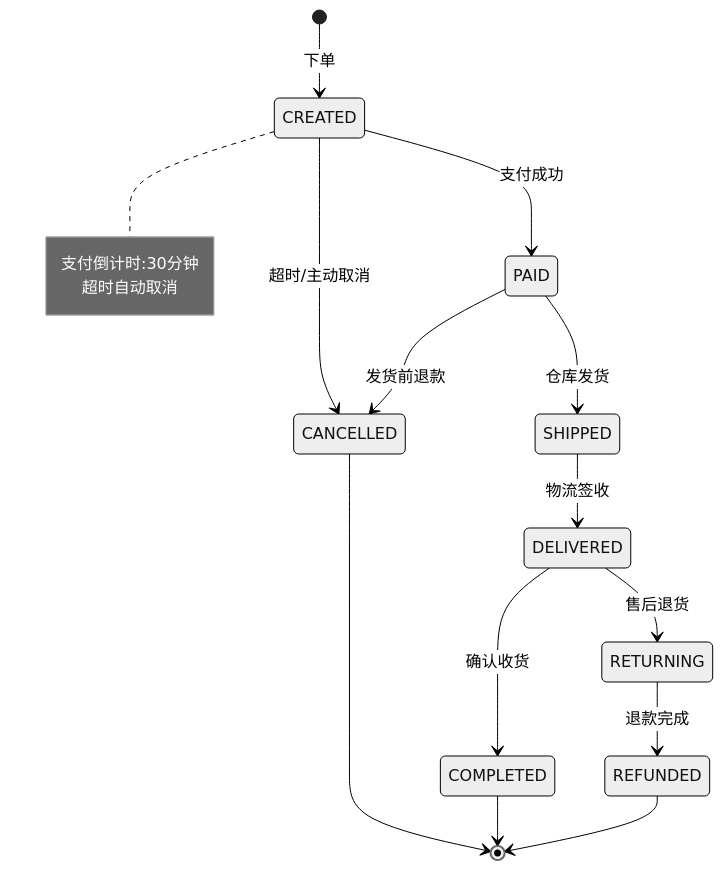
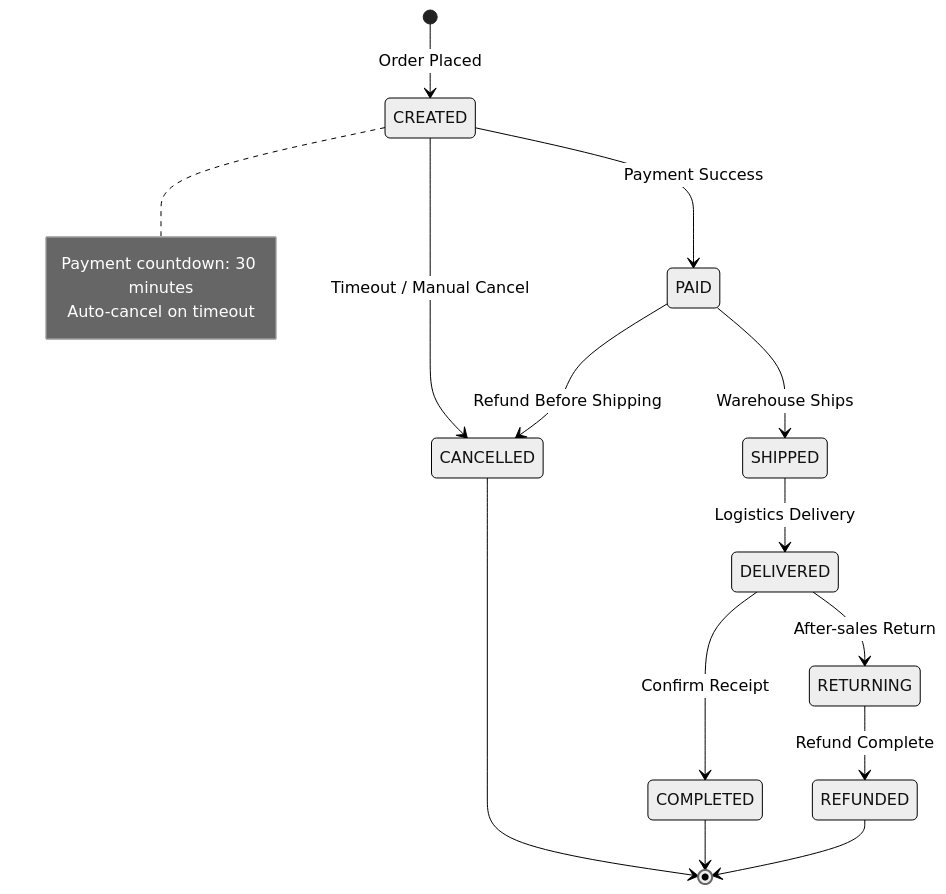
The seventh of 11 diagrams in templates/产品/技术层/【模板】数据库设计文档规范.md (Kirky-X/cangjie), drawn with Mermaid (neutral theme) before and after one commit. The commit also changed other lines of this file and 46 other files, not shown here.

````diff
--- a/templates/产品/技术层/【模板】数据库设计文档规范.md
+++ b/templates/产品/技术层/【模板】数据库设计文档规范.md
@@ -473,20 +473,20 @@
 ```mermaid
 stateDiagram-v2
-    [*] --> CREATED: 下单
-    CREATED --> PAID: 支付成功
-    CREATED --> CANCELLED: 超时/主动取消
-    PAID --> SHIPPED: 仓库发货
-    PAID --> CANCELLED: 发货前退款
-    SHIPPED --> DELIVERED: 物流签收
-    DELIVERED --> COMPLETED: 确认收货
-    DELIVERED --> RETURNING: 售后退货
-    RETURNING --> REFUNDED: 退款完成
+    [*] --> CREATED: Order Placed
+    CREATED --> PAID: Payment Success
+    CREATED --> CANCELLED: Timeout / Manual Cancel
+    PAID --> SHIPPED: Warehouse Ships
+    PAID --> CANCELLED: Refund Before Shipping
+    SHIPPED --> DELIVERED: Logistics Delivery
+    DELIVERED --> COMPLETED: Confirm Receipt
+    DELIVERED --> RETURNING: After-sales Return
+    RETURNING --> REFUNDED: Refund Complete
     CANCELLED --> [*]
     COMPLETED --> [*]
     REFUNDED --> [*]
 
     note right of CREATED
-        支付倒计时:30分钟
-        超时自动取消
+        Payment countdown: 30 minutes
+        Auto-cancel on timeout
     end note
 ```
````
